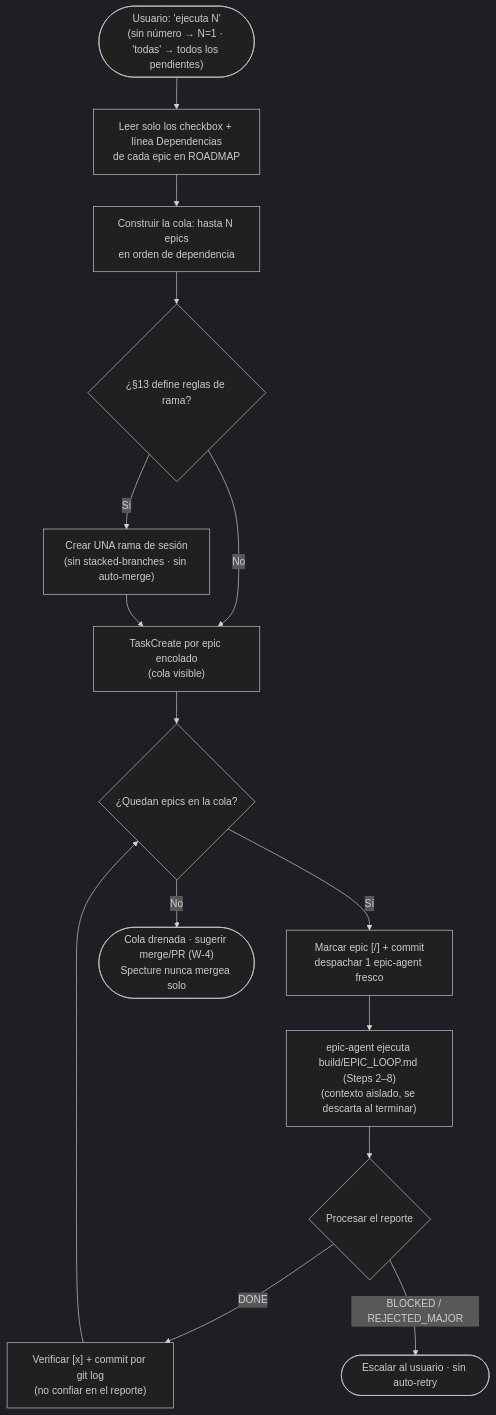
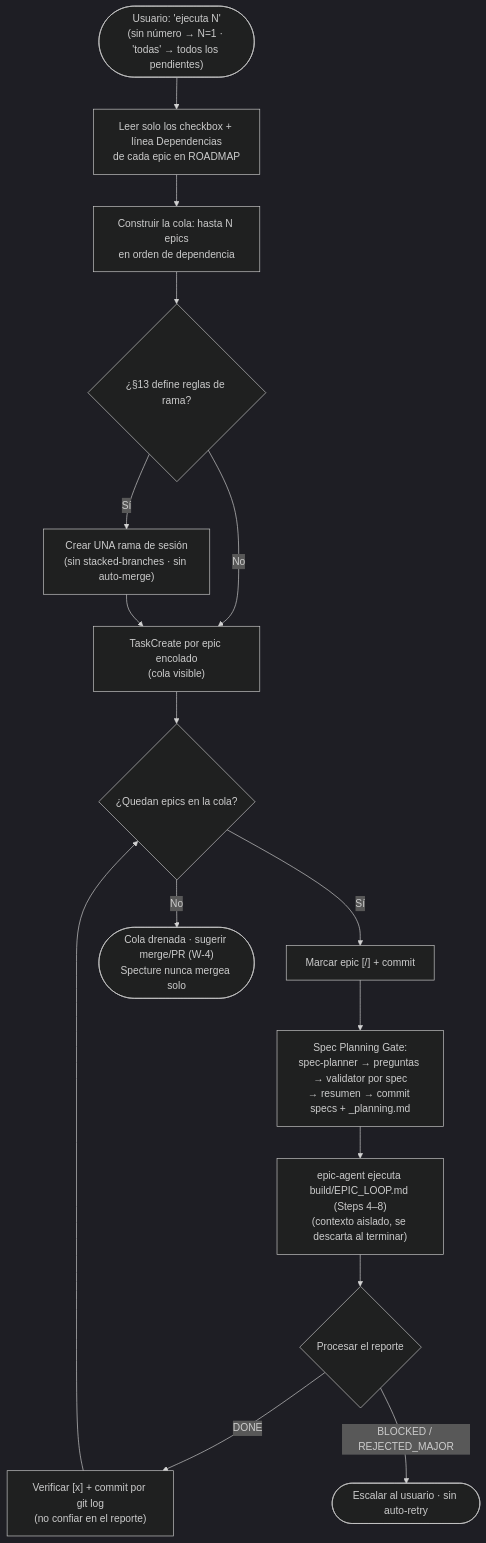
The fourth of 19 diagrams in docs/execution-flows.md (FerEscobarDev/Specture), drawn with Mermaid (dark theme) before and after one commit. The commit also changed other lines of this file and 8 other files, not shown here.

````diff
--- a/docs/execution-flows.md
+++ b/docs/execution-flows.md
@@ -140,17 +142,18 @@
 ```mermaid
 flowchart TD
     A(["Usuario: 'ejecuta N'<br/>(sin número → N=1 · 'todas' → todos los pendientes)"]) --> B["Leer solo los checkbox + línea Dependencias<br/>de cada epic en ROADMAP"]
     B --> C["Construir la cola: hasta N epics<br/>en orden de dependencia"]
     C --> Br{"¿§13 define reglas de rama?"}
     Br -->|Sí| Br2["Crear UNA rama de sesión<br/>(sin stacked-branches · sin auto-merge)"]
     Br -->|No| D["TaskCreate por epic encolado<br/>(cola visible)"]
     Br2 --> D
     D --> L{"¿Quedan epics en la cola?"}
-    L -->|Sí| E["Marcar epic [/] + commit<br/>despachar 1 epic-agent fresco"]
-    E --> F["epic-agent ejecuta build/EPIC_LOOP.md (Steps 2–8)<br/>(contexto aislado, se descarta al terminar)"]
+    L -->|Sí| E["Marcar epic [/] + commit"]
+    E --> SPG["Spec Planning Gate:<br/>spec-planner → preguntas → validator por spec<br/>→ resumen → commit specs + _planning.md"]
+    SPG --> F["epic-agent ejecuta build/EPIC_LOOP.md (Steps 4–8)<br/>(contexto aislado, se descarta al terminar)"]
     F --> G{"Procesar el reporte"}
     G -->|DONE| H["Verificar [x] + commit por git log<br/>(no confiar en el reporte)"]
     G -->|"BLOCKED / REJECTED_MAJOR"| ESC(["Escalar al usuario · sin auto-retry"])
     H --> L
     L -->|No| FIN(["Cola drenada · sugerir merge/PR (W-4)<br/>Specture nunca mergea solo"])
 ```
````
